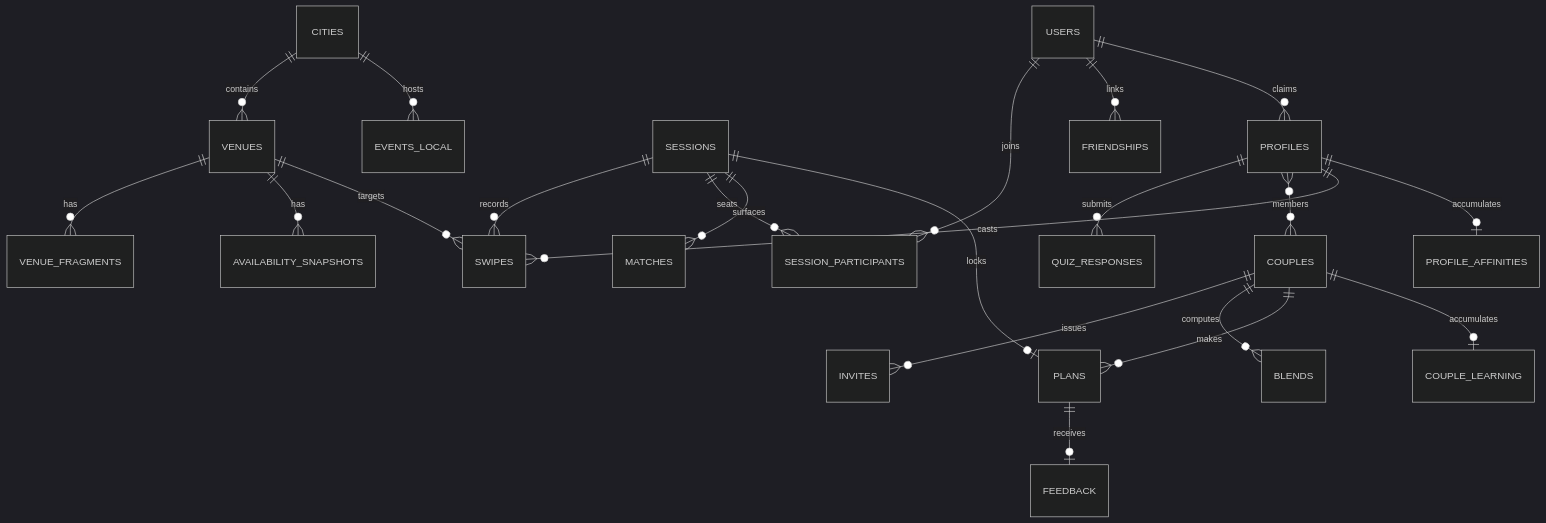
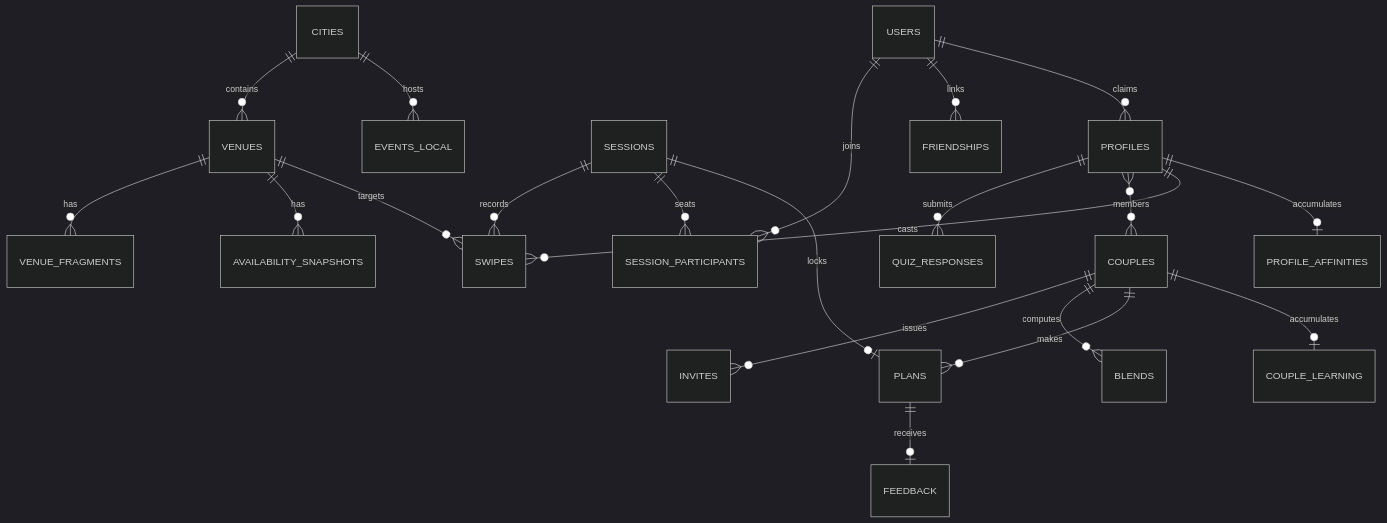
The second of 7 diagrams in docs/technical-design.md (jsimo20/where2eat), drawn with Mermaid (dark theme) before and after one commit. The commit also changed other lines of this file and 3 other files, not shown here.

````diff
--- a/docs/technical-design.md
+++ b/docs/technical-design.md
@@ -164,24 +164,23 @@
 ```mermaid
 erDiagram
     CITIES ||--o{ VENUES : contains
     VENUES ||--o{ VENUE_FRAGMENTS : has
     VENUES ||--o{ AVAILABILITY_SNAPSHOTS : has
     PROFILES ||--o{ QUIZ_RESPONSES : submits
     COUPLES ||--o{ INVITES : issues
     PROFILES }o--o{ COUPLES : members
     COUPLES ||--o{ BLENDS : computes
     SESSIONS ||--o{ SWIPES : records
     PROFILES ||--o{ SWIPES : casts
     VENUES ||--o{ SWIPES : targets
     SESSIONS ||--o{ SESSION_PARTICIPANTS : seats
     USERS ||--o{ SESSION_PARTICIPANTS : joins
-    SESSIONS ||--o{ MATCHES : surfaces
     USERS ||--o{ FRIENDSHIPS : links
     COUPLES ||--o{ PLANS : makes
     SESSIONS ||--o| PLANS : locks
     PLANS ||--o| FEEDBACK : receives
     PROFILES ||--o| PROFILE_AFFINITIES : accumulates
     COUPLES ||--o| COUPLE_LEARNING : accumulates
     CITIES ||--o{ EVENTS_LOCAL : hosts
     USERS ||--o{ PROFILES : claims
 ```
````
